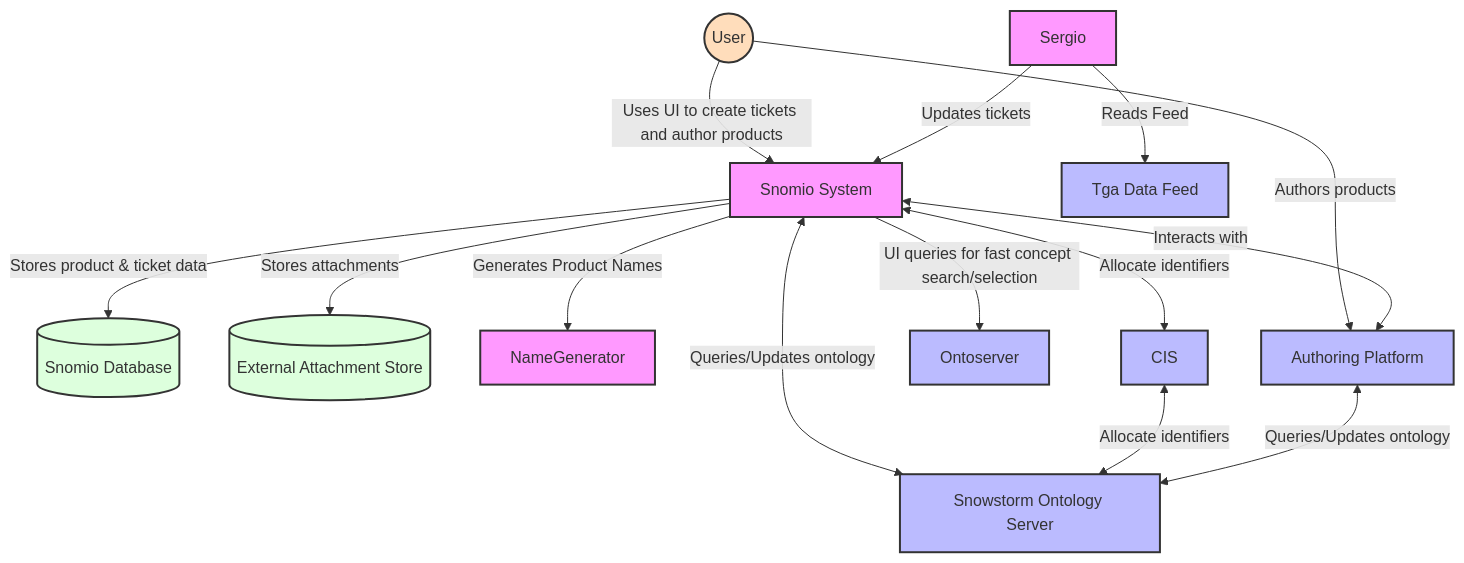
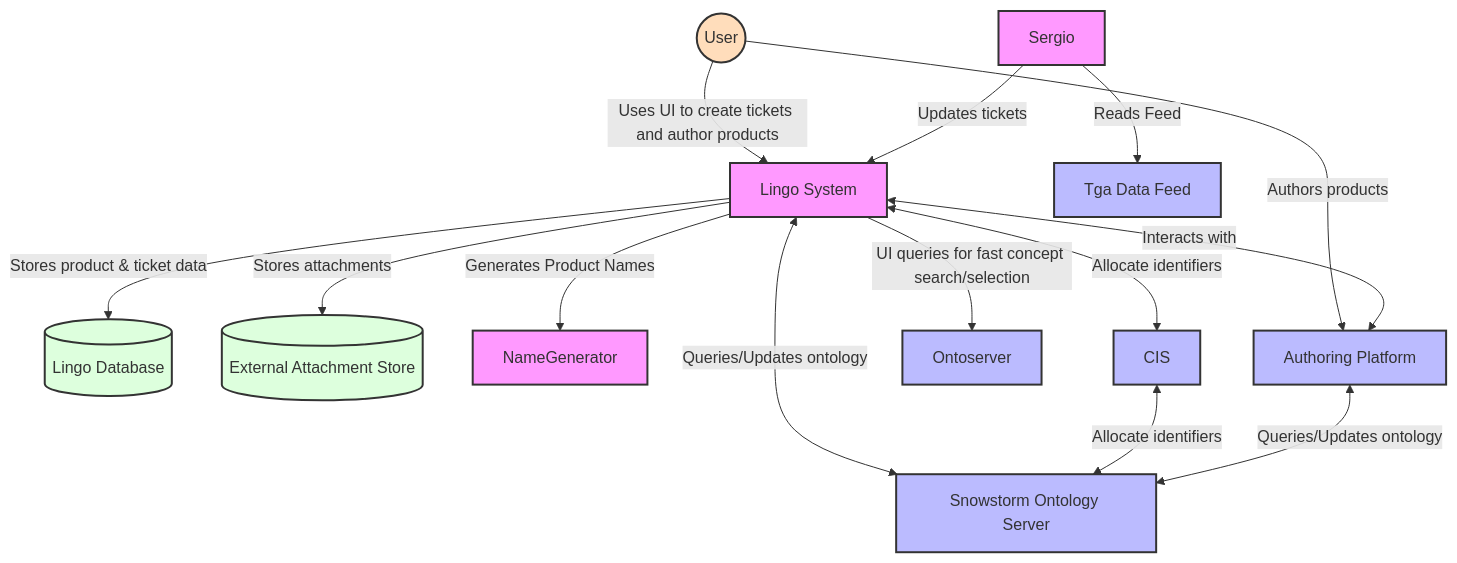
One commit to AuDigitalHealth/lingo changed the first of 7 diagrams in docs/design/integration-points.md. Above: the diagram before and after it, drawn with Mermaid. The commit also changed other lines of this file and 10 other files, not shown here.

Commit message:
replace occurances of Snomio with Lingo across the docs

````diff
--- a/docs/design/integration-points.md
+++ b/docs/design/integration-points.md
@@ -22,33 +22,33 @@
 ```mermaid
 graph TB
     User((User))
-    Snomio[Snomio System]
-    DB[(Snomio Database)]
+    Lingo[Lingo System]
+    DB[(Lingo Database)]
     AttachmentStore[(External Attachment Store)]
     Sergio[Sergio]
     NameGen[NameGenerator]
     AuthoringPlatform[Authoring Platform]
     Snowstorm[Snowstorm Ontology Server]
     TGAFeed[Tga Data Feed]
-    User -->|Uses UI to create tickets and author products| Snomio
-    Snomio -->|Stores product & ticket data| DB
-    Snomio -->|Stores attachments| AttachmentStore
-    Snomio -->|Generates Product Names| NameGen
-    Sergio -->|Updates tickets| Snomio
+    User -->|Uses UI to create tickets and author products| Lingo
+    Lingo -->|Stores product & ticket data| DB
+    Lingo -->|Stores attachments| AttachmentStore
+    Lingo -->|Generates Product Names| NameGen
+    Sergio -->|Updates tickets| Lingo
     Sergio -->|Reads Feed| TGAFeed
     User -->|Authors products| AuthoringPlatform
-    Snomio <-->|Interacts with| AuthoringPlatform
-    Snomio <-->|Queries/Updates ontology| Snowstorm
-    Snomio -->|UI queries for fast concept search/selection| Ontoserver
-    Snomio <-->|Allocate identifiers| CIS
+    Lingo <-->|Interacts with| AuthoringPlatform
+    Lingo <-->|Queries/Updates ontology| Snowstorm
+    Lingo -->|UI queries for fast concept search/selection| Ontoserver
+    Lingo <-->|Allocate identifiers| CIS
     CIS <-->|Allocate identifiers| Snowstorm
     AuthoringPlatform <-->|Queries/Updates ontology| Snowstorm
     classDef system fill: #f9f, stroke: #333, stroke-width: 2px;
     classDef external fill: #bbf, stroke: #333, stroke-width: 2px;
     classDef database fill: #dfd, stroke: #333, stroke-width: 2px;
     classDef user fill: #fdb, stroke: #333, stroke-width: 2px;
-    class Snomio,Sergio,NameGen system;
+    class Lingo,Sergio,NameGen system;
     class AuthoringPlatform,Snowstorm,TGAFeed,Ontoserver,CIS external;
     class DB,AttachmentStore database;
     class User user;
 ```
````
